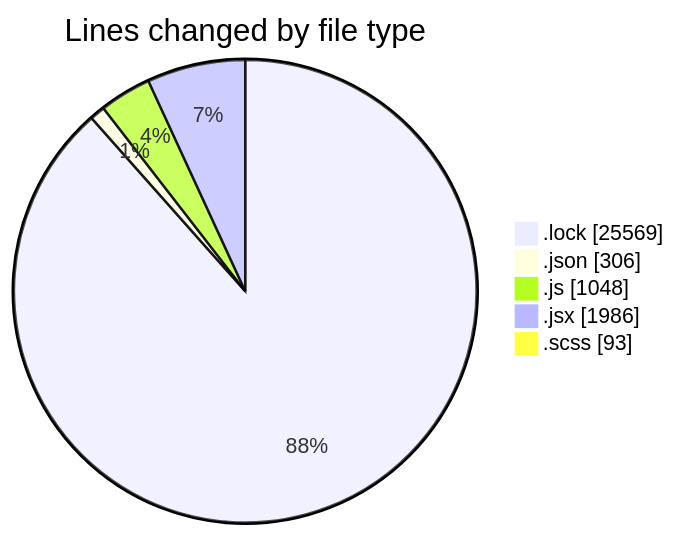
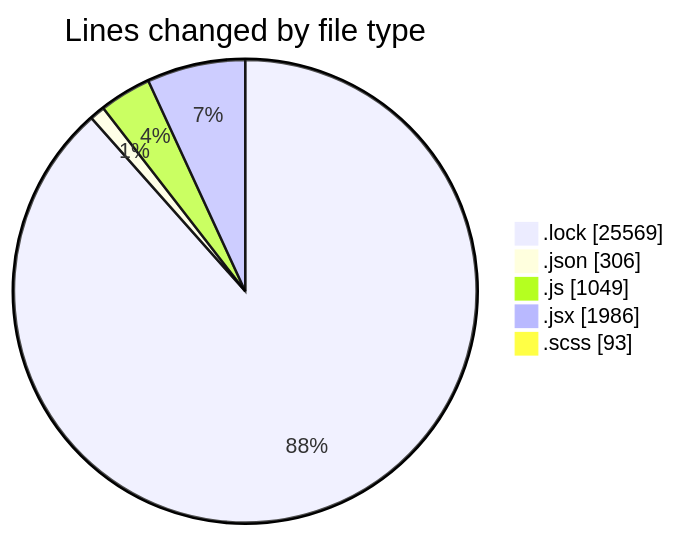
The first of 2 diagrams in 2026-01-07/cda/README.md (momahboobian/code-tracking), drawn with Mermaid before and after one commit. The commit also changed other lines of this file and 1 other file, not shown here.

````diff
--- a/2026-01-07/cda/README.md
+++ b/2026-01-07/cda/README.md
@@ -43,9 +43,9 @@
 ```mermaid
 pie showData
 title Lines changed by file type
 ".lock" : 25569
 ".json" : 306
-".js" : 1048
+".js" : 1049
 ".jsx" : 1986
 ".scss" : 93
 ```
````
